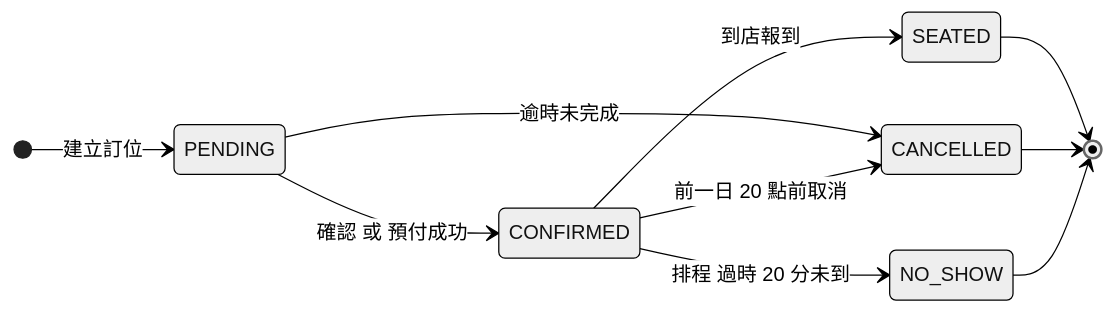
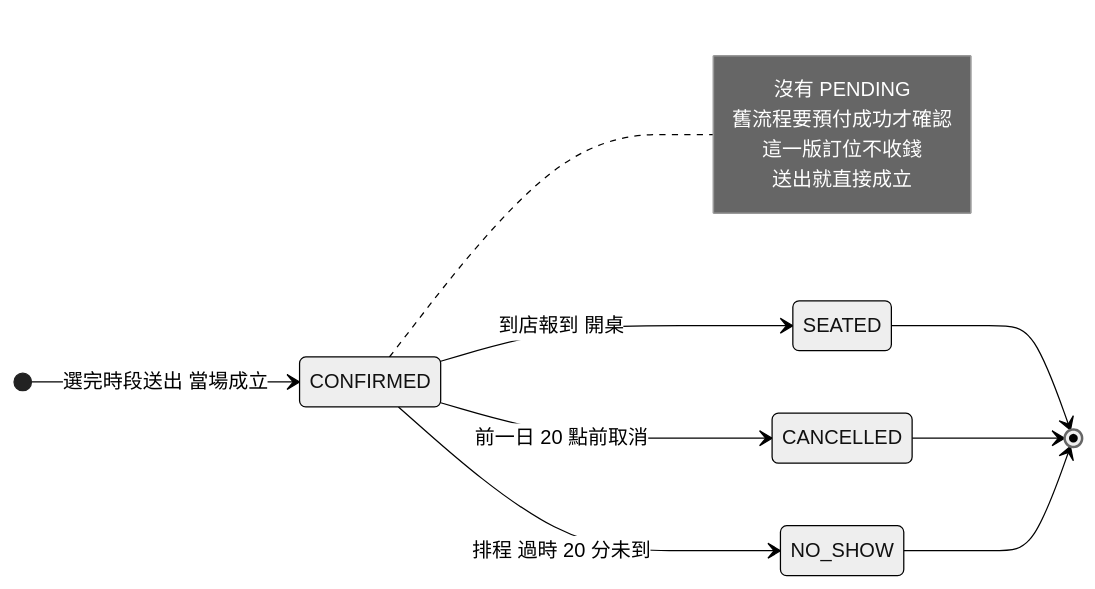
The tenth of 15 diagrams in docs/spec/06-圖表總覽.md (harry-wann/smart-order), drawn with Mermaid (neutral theme) before and after one commit. The commit also changed other lines of this file and 119 other files, not shown here.

````diff
--- a/docs/spec/06-圖表總覽.md
+++ b/docs/spec/06-圖表總覽.md
@@ -618,13 +639,18 @@
 ```mermaid
 stateDiagram-v2
     direction LR
-    [*] --> PENDING : 建立訂位
-    PENDING --> CONFIRMED : 確認 或 預付成功
-    PENDING --> CANCELLED : 逾時未完成
-    CONFIRMED --> SEATED : 到店報到
+    [*] --> CONFIRMED : 選完時段送出 當場成立
+    CONFIRMED --> SEATED : 到店報到 開桌
     CONFIRMED --> CANCELLED : 前一日 20 點前取消
     CONFIRMED --> NO_SHOW : 排程 過時 20 分未到
     SEATED --> [*]
     CANCELLED --> [*]
     NO_SHOW --> [*]
+
+    note right of CONFIRMED
+        沒有 PENDING
+        舊流程要預付成功才確認
+        這一版訂位不收錢
+        送出就直接成立
+    end note
 ```
````
